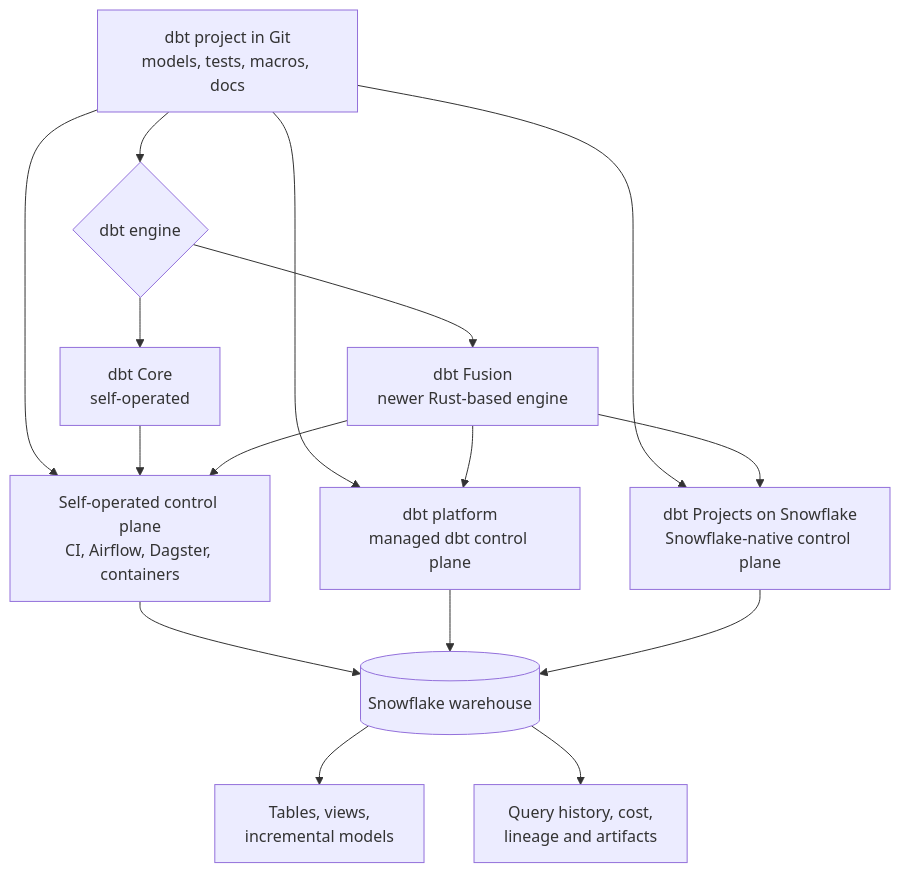
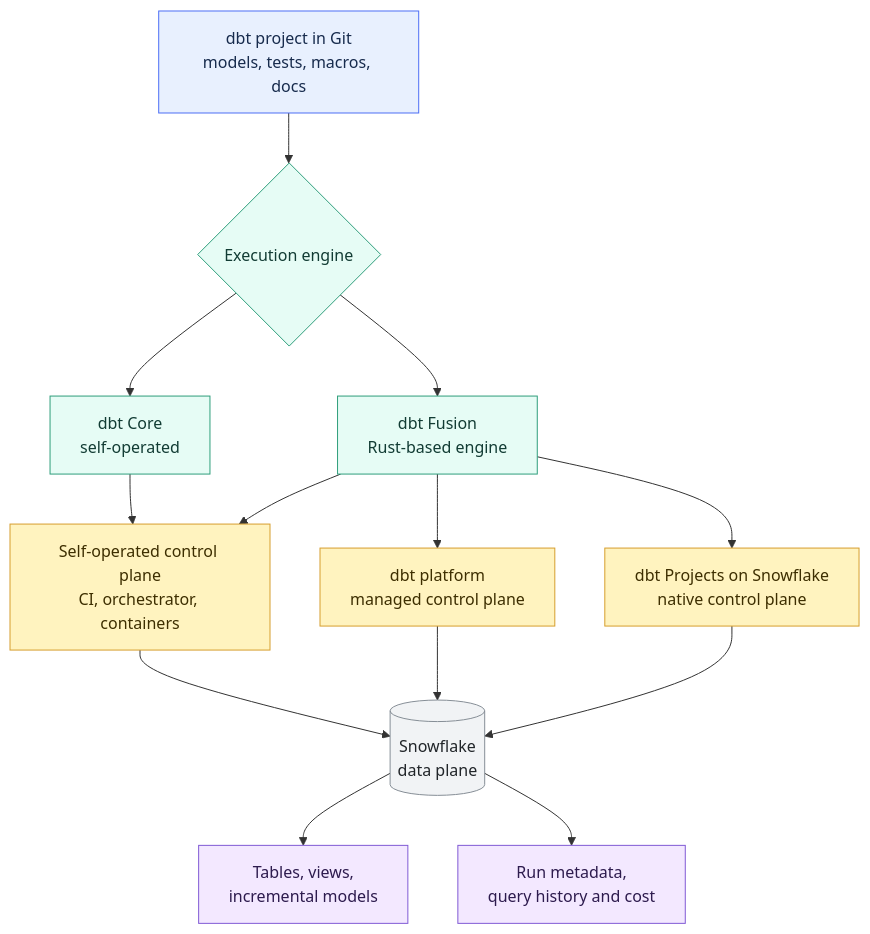
Before and after one commit to shonningsoy/Upskill: the diagram in 02 dbt/01 Core Concepts and Project Structure/02 dbt Core Fusion dbt Platform and dbt Projects on Snowflake.md, drawn with Mermaid. The commit also changed other lines of this file and 10 other files, not shown here.

````diff
--- a/02 dbt/01 Core Concepts and Project Structure/02 dbt Core Fusion dbt Platform and dbt Projects on Snowflake.md
+++ b/02 dbt/01 Core Concepts and Project Structure/02 dbt Core Fusion dbt Platform and dbt Projects on Snowflake.md
@@ -70,23 +71,32 @@
 ```mermaid
 flowchart TD
-    PROJECT[dbt project in Git<br/>models, tests, macros, docs] --> ENGINE{dbt engine}
+    PROJECT[dbt project in Git<br/>models, tests, macros, docs]
+    PROJECT --> ENGINE{Execution engine}
 
     ENGINE --> CORE[dbt Core<br/>self-operated]
-    ENGINE --> FUSION[dbt Fusion<br/>newer Rust-based engine]
+    ENGINE --> FUSION[dbt Fusion<br/>Rust-based engine]
 
-    PROJECT --> PLATFORM[dbt platform<br/>managed dbt control plane]
-    PROJECT --> SNOW[dbt Projects on Snowflake<br/>Snowflake-native control plane]
-    PROJECT --> SELF[Self-operated control plane<br/>CI, Airflow, Dagster, containers]
+    CORE --> SELF[Self-operated control plane<br/>CI, orchestrator, containers]
+    FUSION --> SELF
+    FUSION --> PLATFORM[dbt platform<br/>managed control plane]
+    FUSION --> SNOW[dbt Projects on Snowflake<br/>native control plane]
 
-    CORE --> SELF
-    FUSION --> SELF
-    FUSION --> PLATFORM
-    FUSION --> SNOW
-
-    SELF --> WH[(Snowflake warehouse)]
+    SELF --> WH[(Snowflake<br/>data plane)]
     PLATFORM --> WH
     SNOW --> WH
 
     WH --> MODELS[Tables, views,<br/>incremental models]
-    WH --> META[Query history, cost,<br/>lineage and artifacts]
+    WH --> META[Run metadata,<br/>query history and cost]
+
+    classDef input fill:#E8F0FE,stroke:#4C6EF5,color:#172B4D
+    classDef control fill:#FFF3BF,stroke:#D69E2E,color:#3D2E00
+    classDef dbt fill:#E6FCF5,stroke:#2F9E7B,color:#123C34
+    classDef platform fill:#F1F3F5,stroke:#868E96,color:#212529
+    classDef output fill:#F3E8FF,stroke:#805AD5,color:#2D1B4E
+
+    class PROJECT input
+    class CORE,FUSION,ENGINE dbt
+    class SELF,PLATFORM,SNOW control
+    class WH platform
+    class MODELS,META output
 ```
````
